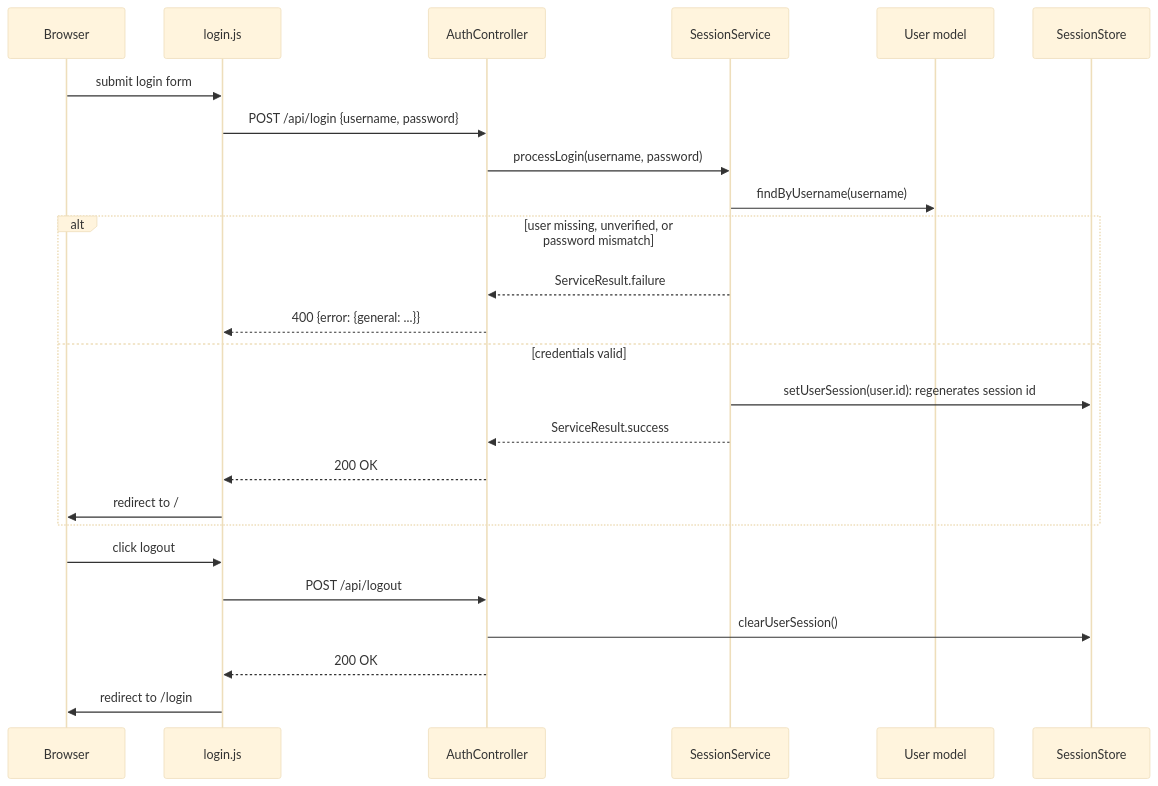
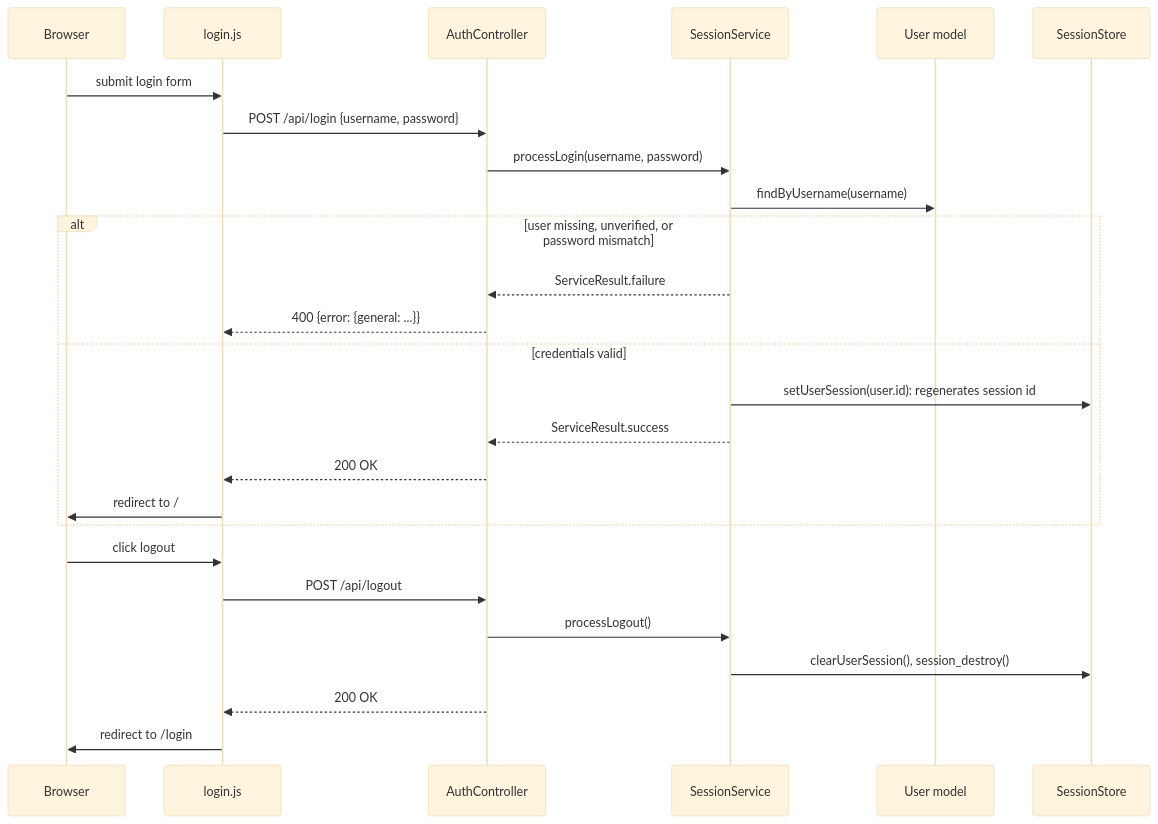
Before and after one commit to ysengoku/camagru: the second of 3 diagrams in doc/AUTH.md, drawn with Mermaid (base theme). The commit also changed other lines of this file and 2 other files, not shown here.

````diff
--- a/doc/AUTH.md
+++ b/doc/AUTH.md
@@ -110,29 +96,30 @@
 ```mermaid
 sequenceDiagram
     participant U as Browser
     participant JS as login.js
     participant AC as AuthController
     participant LS as SessionService
     participant DB as User model
     participant Sess as SessionStore
 
     U->>JS: submit login form
     JS->>AC: POST /api/login {username, password}
     AC->>LS: processLogin(username, password)
     LS->>DB: findByUsername(username)
     alt user missing, unverified, or password mismatch
         LS-->>AC: ServiceResult.failure
         AC-->>JS: 400 {error: {general: ...}}
     else credentials valid
         LS->>Sess: setUserSession(user.id): regenerates session id
         LS-->>AC: ServiceResult.success
         AC-->>JS: 200 OK
         JS->>U: redirect to /
     end
 
     U->>JS: click logout
     JS->>AC: POST /api/logout
-    AC->>Sess: clearUserSession()
+    AC->>LS: processLogout()
+    LS->>Sess: clearUserSession(), session_destroy()
     AC-->>JS: 200 OK
     JS->>U: redirect to /login
 ```
````
